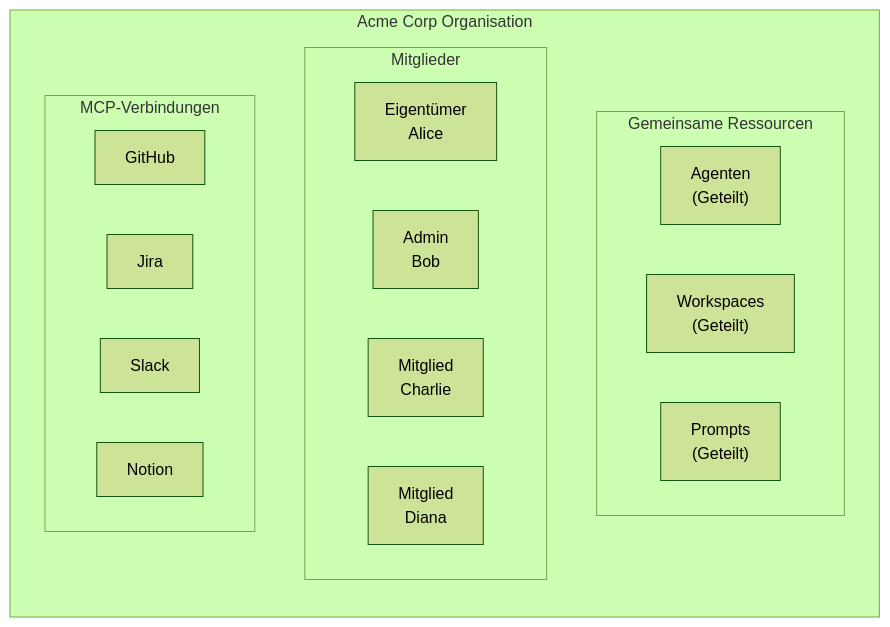
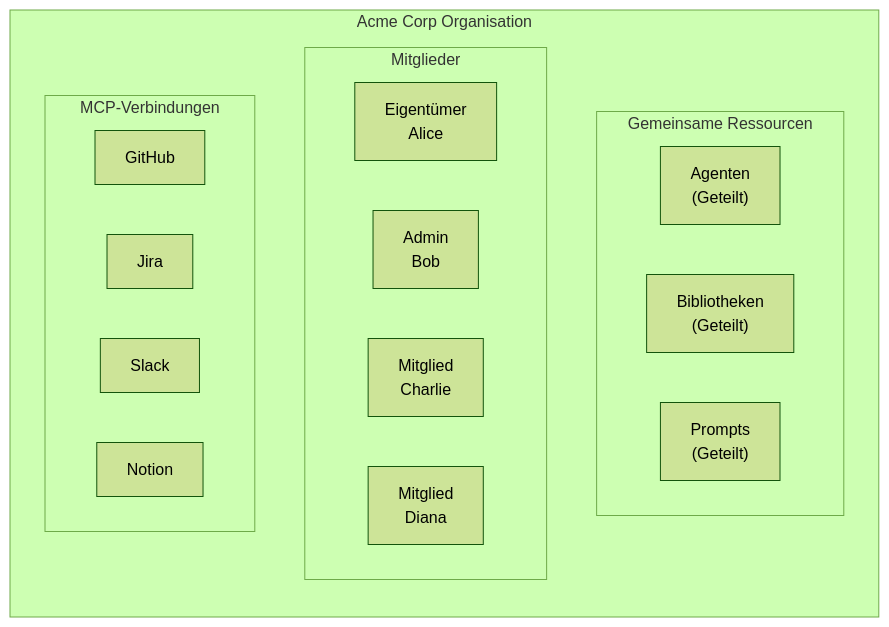
One commit to Fabric-Pro/fabric-oss changed the first of 3 diagrams in apps/web/content/docs/features/organizations.de.mdx. Above: the diagram before and after it, drawn with Mermaid (forest theme). The commit also changed other lines of this file and 1129 other files, not shown here.

````diff
--- a/apps/web/content/docs/features/organizations.de.mdx
+++ b/apps/web/content/docs/features/organizations.de.mdx
@@ -12,26 +12,26 @@
 ```mermaid
 flowchart TB
     subgraph ORG["Acme Corp Organisation"]
         direction TB
 
         subgraph RESOURCES["Gemeinsame Ressourcen"]
             A["Agenten<br/>(Geteilt)"]
-            W["Workspaces<br/>(Geteilt)"]
+            W["Bibliotheken<br/>(Geteilt)"]
             P["Prompts<br/>(Geteilt)"]
         end
 
         subgraph MEMBERS["Mitglieder"]
             M1["Eigentümer<br/>Alice"]
             M2["Admin<br/>Bob"]
             M3["Mitglied<br/>Charlie"]
             M4["Mitglied<br/>Diana"]
         end
 
         subgraph MCP["MCP-Verbindungen"]
             C1["GitHub"]
             C2["Jira"]
             C3["Slack"]
             C4["Notion"]
         end
     end
 ```
````
